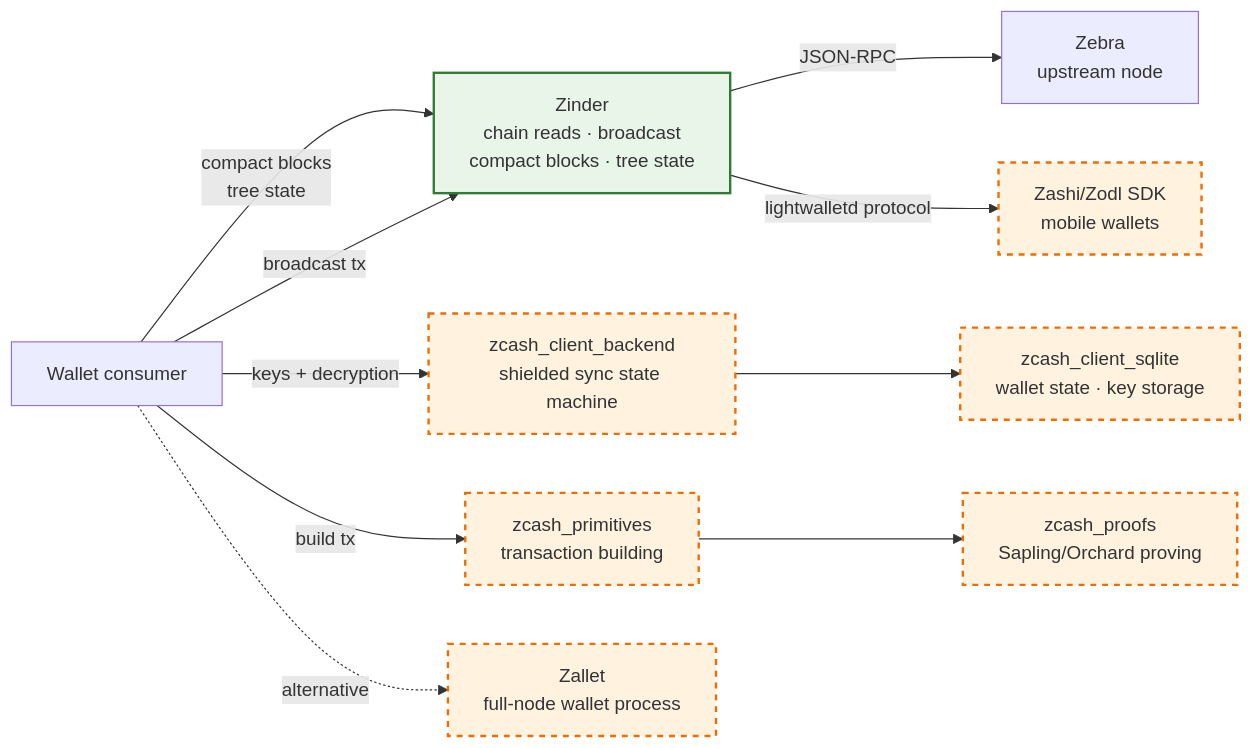
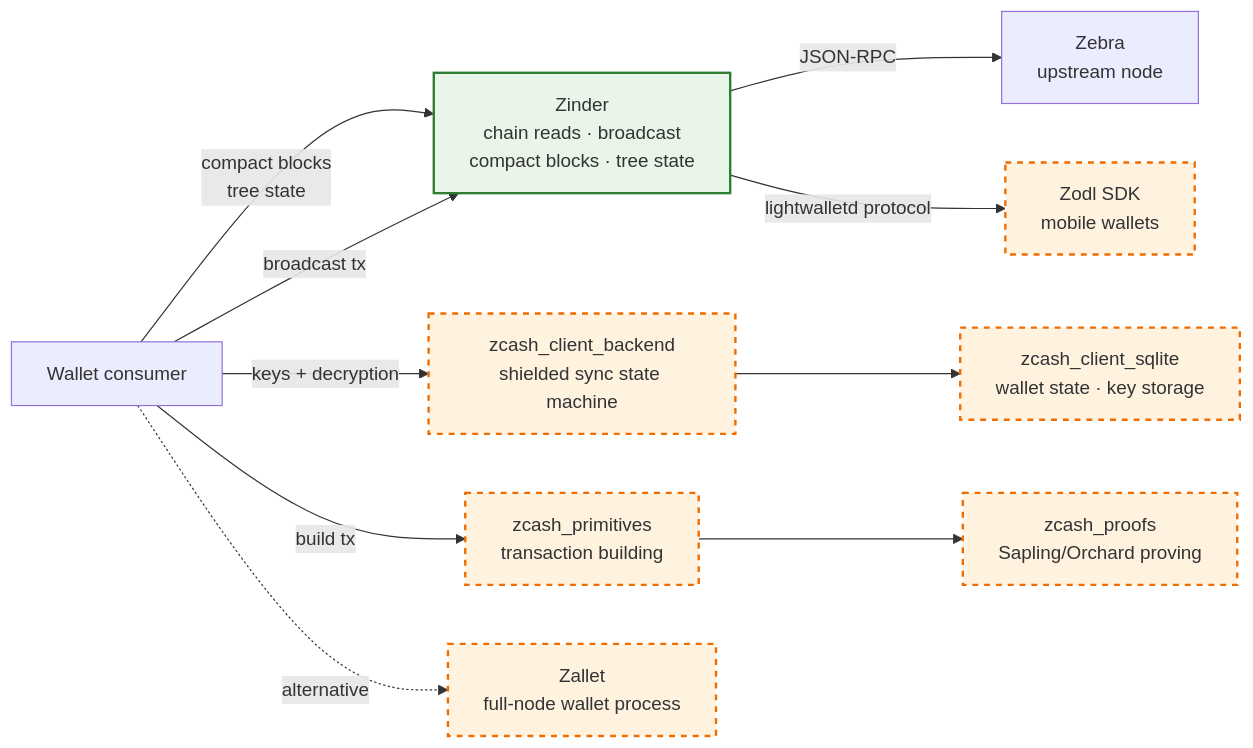
The diagram in docs/architecture/indexer-wallet-boundary.md (gustavovalverde/zinder), drawn with Mermaid before and after one commit. The commit also changed other lines of this file and 49 other files, not shown here.

````diff
--- a/docs/architecture/indexer-wallet-boundary.md
+++ b/docs/architecture/indexer-wallet-boundary.md
@@ -39,28 +39,28 @@
 ```mermaid
 flowchart LR
     classDef inScope fill:#e8f5e8,stroke:#2e7d32,stroke-width:2px
     classDef outOfScope fill:#fff3e0,stroke:#ef6c00,stroke-width:2px,stroke-dasharray:5 5
 
     Wallet[Wallet consumer]
     Zinder[Zinder<br/>chain reads · broadcast<br/>compact blocks · tree state]:::inScope
     Zebra[Zebra<br/>upstream node]
 
     LibBackend[zcash_client_backend<br/>shielded sync state machine]:::outOfScope
     LibSqlite[zcash_client_sqlite<br/>wallet state · key storage]:::outOfScope
     LibPrim[zcash_primitives<br/>transaction building]:::outOfScope
     LibProofs[zcash_proofs<br/>Sapling/Orchard proving]:::outOfScope
 
     Zallet[Zallet<br/>full-node wallet process]:::outOfScope
-    ZashiSdk[Zashi/Zodl SDK<br/>mobile wallets]:::outOfScope
+    ZodlSdk[Zodl SDK<br/>mobile wallets]:::outOfScope
 
     Wallet -->|compact blocks<br/>tree state| Zinder
     Wallet -->|broadcast tx| Zinder
     Wallet -->|keys + decryption| LibBackend
     LibBackend --> LibSqlite
     Wallet -->|build tx| LibPrim
     LibPrim --> LibProofs
 
     Zinder -->|JSON-RPC| Zebra
-    Zinder -->|lightwalletd protocol| ZashiSdk
+    Zinder -->|lightwalletd protocol| ZodlSdk
     Wallet -.alternative.-> Zallet
 ```
````
